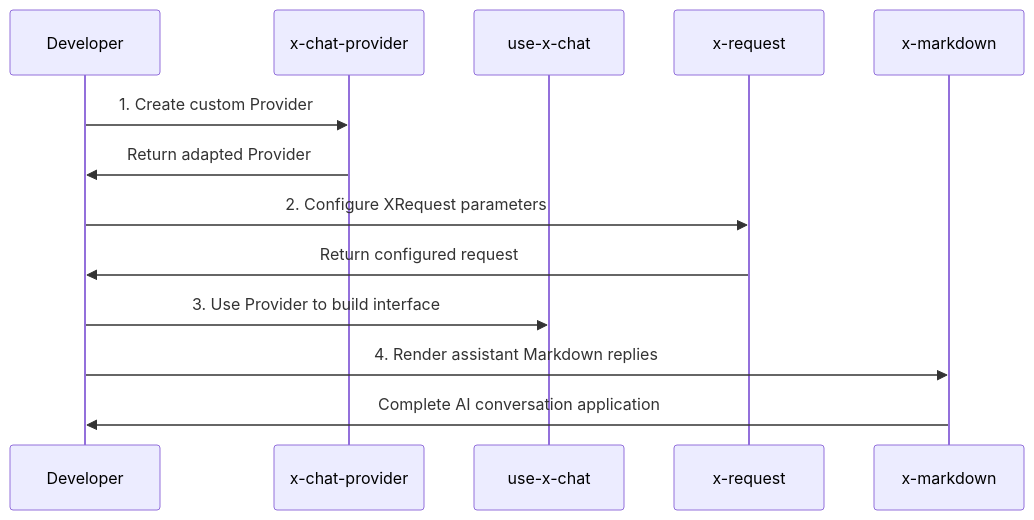
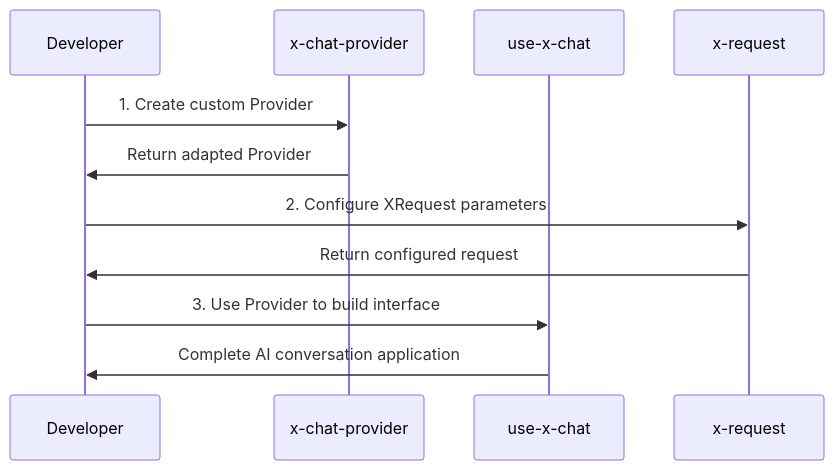
The fifth of 7 diagrams in packages/x-skill/skills/x-chat-provider/SKILL.md (ant-design/x), drawn with Mermaid before and after one commit. The commit also changed other lines of this file and 5 other files, not shown here.

````diff
--- a/packages/x-skill/skills/x-chat-provider/SKILL.md
+++ b/packages/x-skill/skills/x-chat-provider/SKILL.md
@@ -390,16 +386,14 @@
 ```mermaid
 sequenceDiagram
     participant Dev as Developer
     participant CP as x-chat-provider
     participant UX as use-x-chat
     participant XR as x-request
-    participant XM as x-markdown
 
     Dev->>CP: 1. Create custom Provider
     CP->>Dev: Return adapted Provider
     Dev->>XR: 2. Configure XRequest parameters
     XR->>Dev: Return configured request
     Dev->>UX: 3. Use Provider to build interface
-    Dev->>XM: 4. Render assistant Markdown replies
-    XM->>Dev: Complete AI conversation application
+    UX->>Dev: Complete AI conversation application
 ```
````
